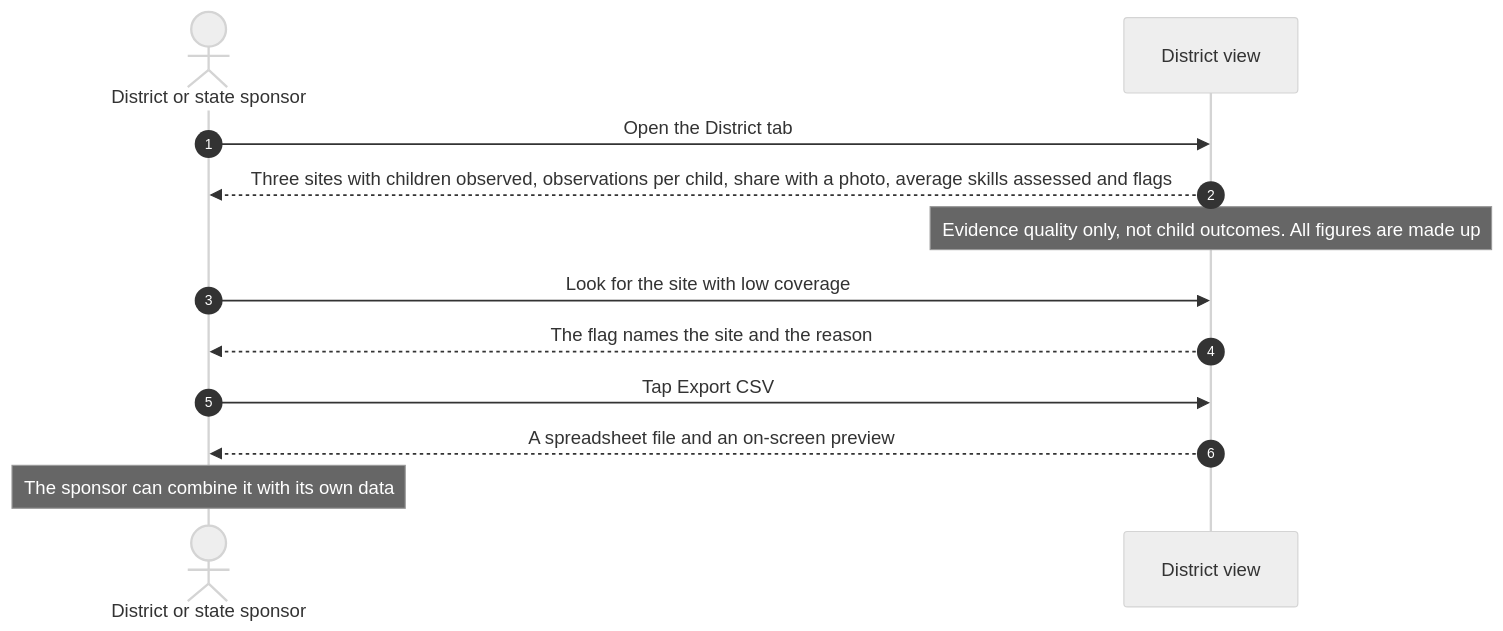
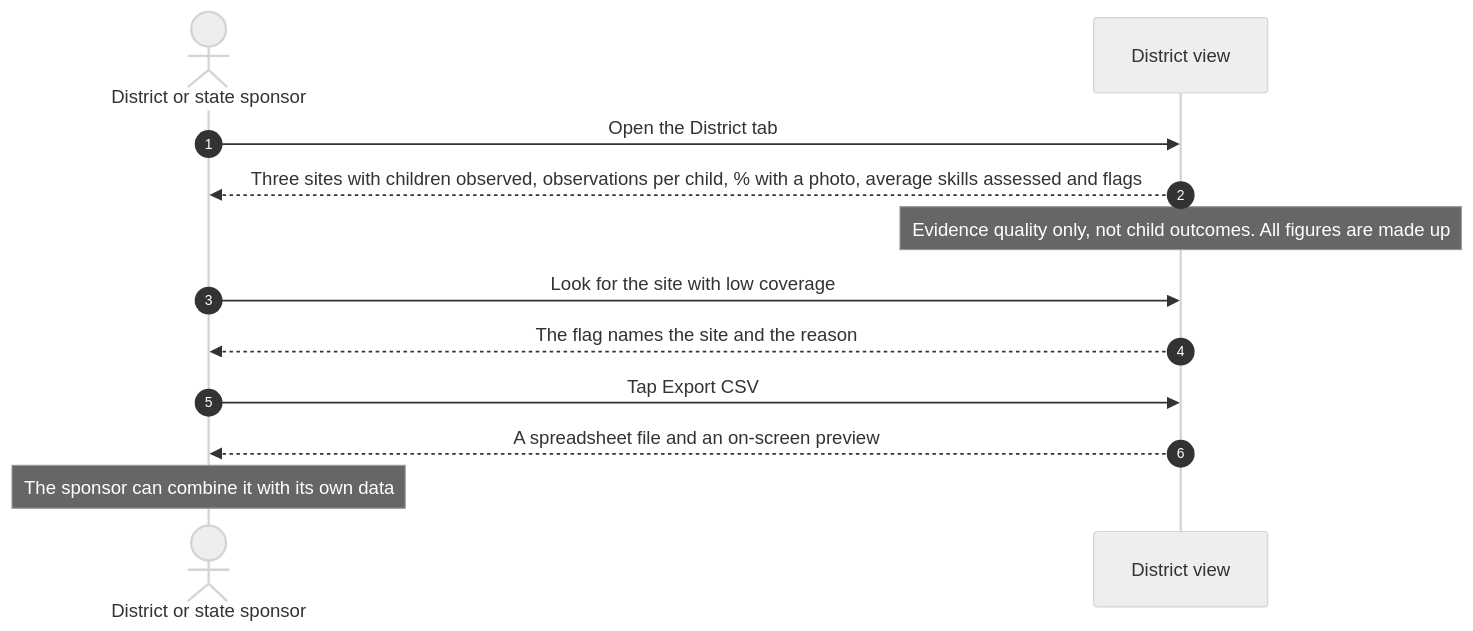
The fifth of 5 diagrams in spec/SPEC.md (anshulthangiah/brightwheel-observation-capture), drawn with Mermaid (neutral theme) before and after one commit. The commit also changed other lines of this file and 28 other files, not shown here.

````diff
--- a/spec/SPEC.md
+++ b/spec/SPEC.md
@@ -299,15 +301,15 @@
 ```mermaid
 sequenceDiagram
     autonumber
     actor P as District or state sponsor
     participant D as District view
 
     P->>D: Open the District tab
-    D-->>P: Three sites with children observed, observations per child, share with a photo, average skills assessed and flags
+    D-->>P: Three sites with children observed, observations per child, % with a photo, average skills assessed and flags
     Note over D: Evidence quality only, not child outcomes. All figures are made up
     P->>D: Look for the site with low coverage
     D-->>P: The flag names the site and the reason
     P->>D: Tap Export CSV
     D-->>P: A spreadsheet file and an on-screen preview
     Note over P: The sponsor can combine it with its own data
 ```
````
